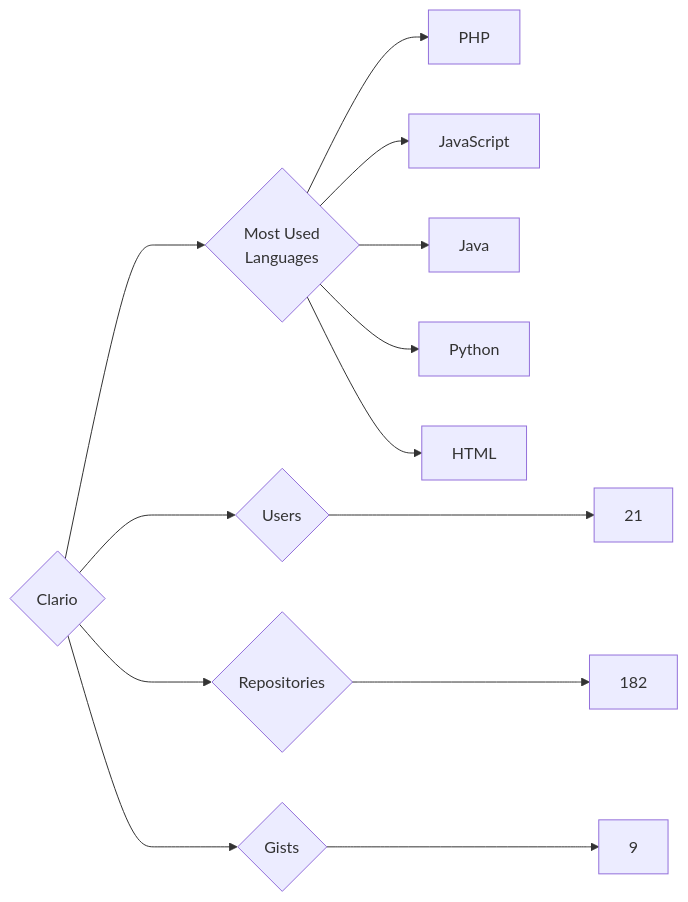
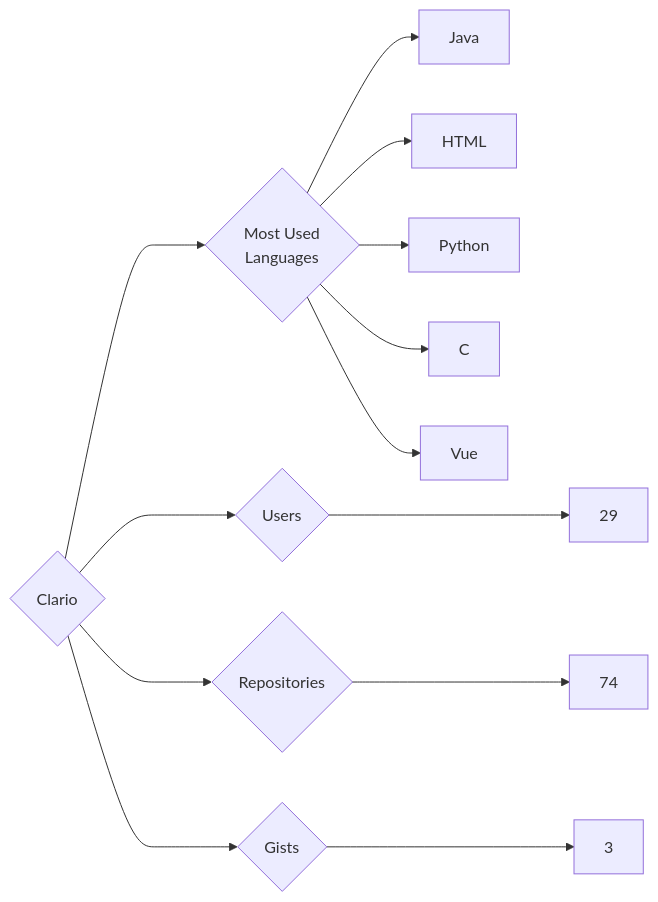
One commit to trickest/insiders changed the diagram in targets/Clario/README.md. Above: the diagram before and after it, drawn with Mermaid. The commit also changed 633 other files, not shown here.

````diff
--- a/targets/Clario/README.md
+++ b/targets/Clario/README.md
@@ -3,13 +3,13 @@
 ```mermaid
 graph LR
 COMPANY_NAME{Clario}
-COMPANY_NAME ---> U{Users} ---> UN[21]
-COMPANY_NAME ---> R{Repositories} ---> RN[182]
-COMPANY_NAME ---> G{Gists} ---> GN[9]
+COMPANY_NAME ---> U{Users} ---> UN[29]
+COMPANY_NAME ---> R{Repositories} ---> RN[74]
+COMPANY_NAME ---> G{Gists} ---> GN[3]
 COMPANY_NAME ---> ML{Most Used<br>Languages}
-ML --> PHP[PHP]
-ML --> JavaScript[JavaScript]
 ML --> Java[Java]
+ML --> HTML[HTML]
 ML --> Python[Python]
-ML --> HTML[HTML]
+ML --> C[C]
+ML --> Vue[Vue]
 ```
````
